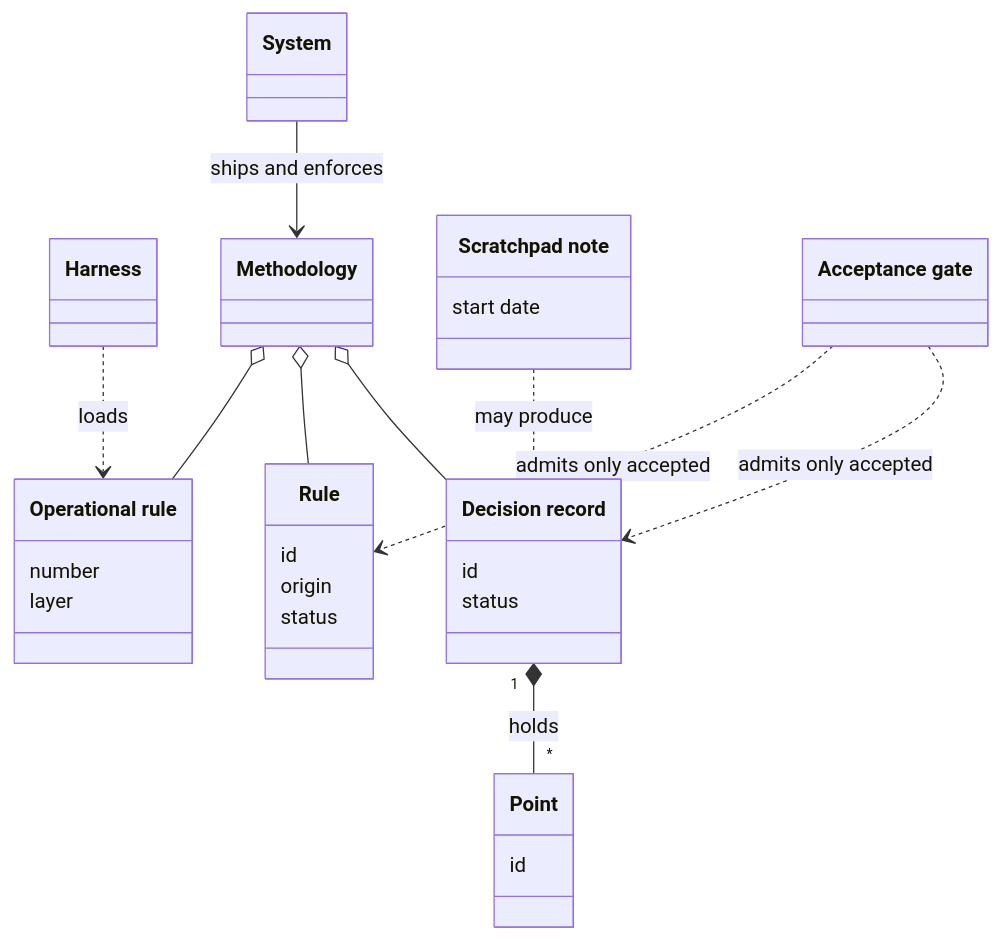
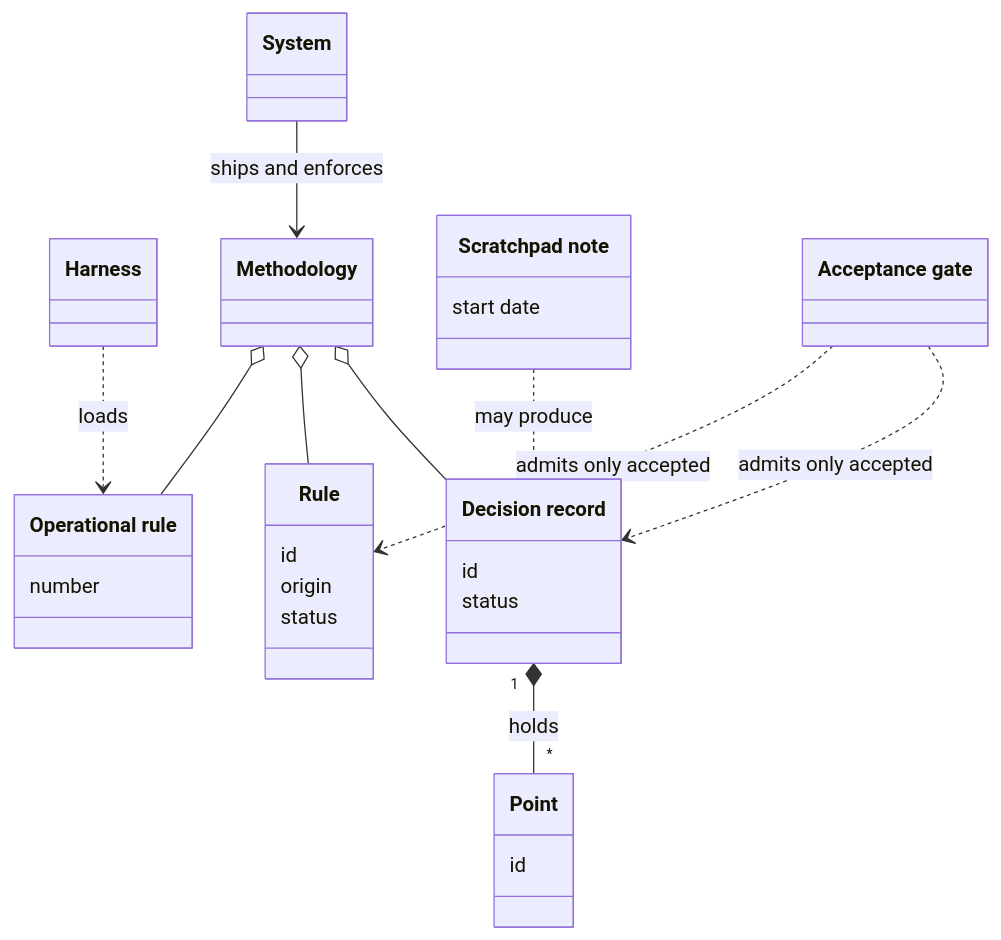
Before and after one commit to aleskalfas/project-kit: the first of 6 diagrams in tech-docs/analysis/core/domain-model/010-the-system-and-its-methodology.md, drawn with Mermaid. The commit also changed other lines of this file and 3 other files, not shown here.

First line of the commit message:
docs: view 070 states the layers and loaded sets of operational rules

````diff
--- a/tech-docs/analysis/core/domain-model/010-the-system-and-its-methodology.md
+++ b/tech-docs/analysis/core/domain-model/010-the-system-and-its-methodology.md
@@ -56,32 +50,31 @@
 ```mermaid
 classDiagram
   accTitle: The system and its methodology
-  accDescr: The system ships and enforces the methodology. The methodology is made of decision records, rules, operational rules and conventions. A decision record holds points. A scratchpad note may produce decision records. Work builds only on accepted decision records and rules, as the acceptance gate says. An operational rule has a layer: the backbone's, an installed capability's or the project's. A harness loads the operational rules of every layer through its include.
+  accDescr: The system ships and enforces the methodology. The methodology is made of decision records, rules, operational rules and conventions. A decision record holds points. A scratchpad note may produce decision records. Work builds only on accepted decision records and rules, as the acceptance gate says. A harness loads the operational rules through its include.
   class System["System"]
   class Harness["Harness"]
   class Methodology["Methodology"]
   class DecisionRecord["Decision record"]
   DecisionRecord : id
   DecisionRecord : status
   class Point["Point"]
   Point : id
   class ScratchpadNote["Scratchpad note"]
   ScratchpadNote : start date
   class Rule["Rule"]
   Rule : id
   Rule : origin
   Rule : status
   class AcceptanceGate["Acceptance gate"]
   class OperationalRule["Operational rule"]
   OperationalRule : number
-  OperationalRule : layer
   System --> Methodology : ships and enforces
   Methodology o-- DecisionRecord
   Methodology o-- Rule
   Methodology o-- OperationalRule
   DecisionRecord "1" *-- "*" Point : holds
   ScratchpadNote ..> DecisionRecord : may produce
   AcceptanceGate ..> DecisionRecord : admits only accepted
   AcceptanceGate ..> Rule : admits only accepted
   Harness ..> OperationalRule : loads
 ```
````
